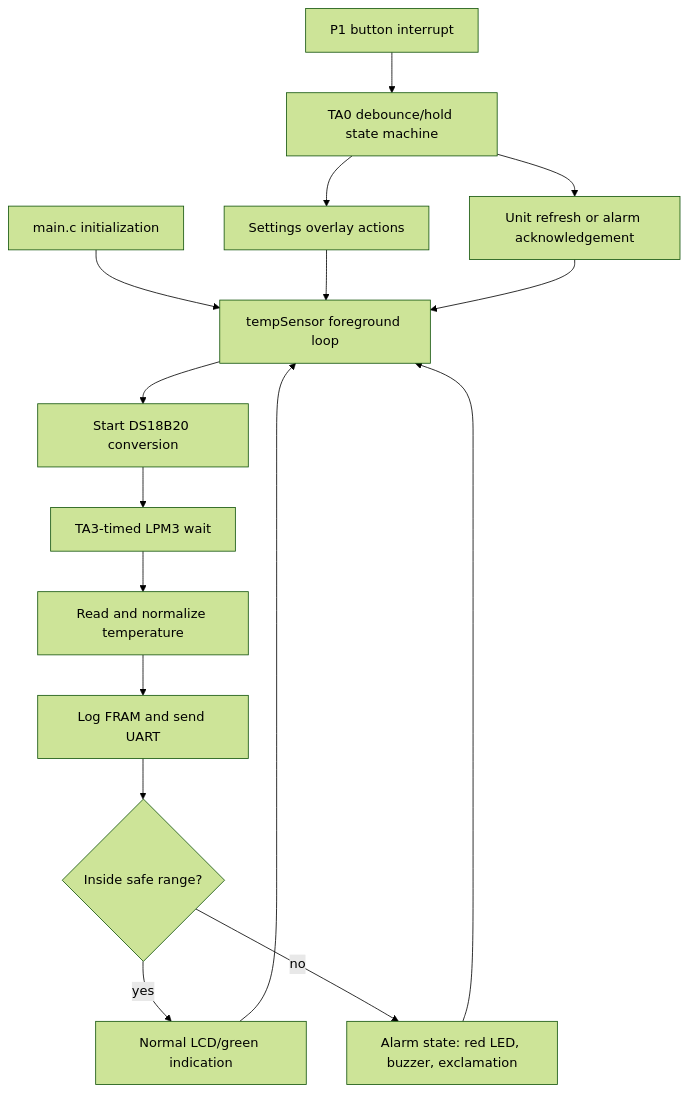
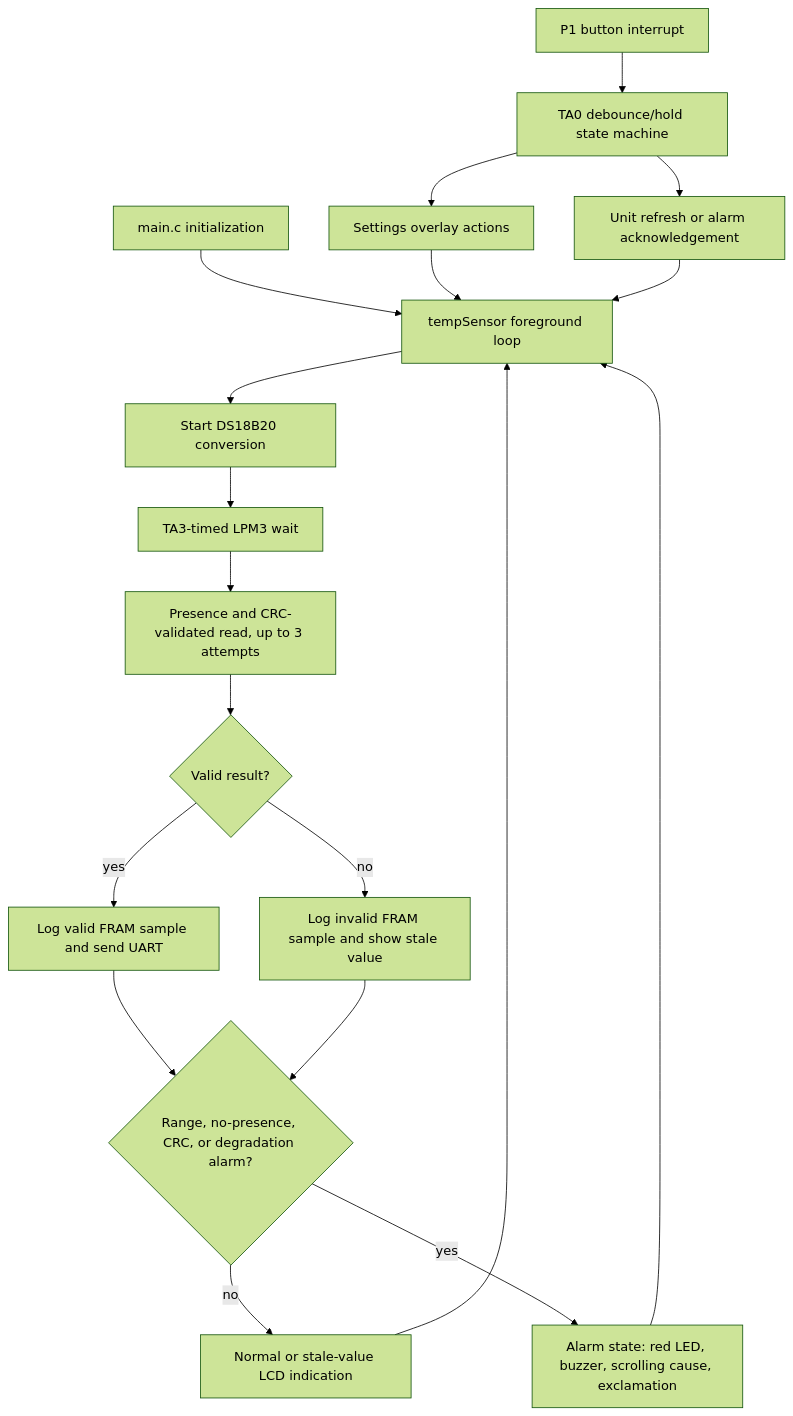
Before and after one commit to jdurkin2000/Medicine-Temperature-Monitor: the diagram in README.md, drawn with Mermaid (forest theme). The commit also changed other lines of this file and 5 other files, not shown here.

First line of the commit message:
Enhance temperature sensor alarm display functionality

````diff
--- a/README.md
+++ b/README.md
@@ -147,19 +189,22 @@
 ```mermaid
 flowchart TD
     M[main.c initialization] --> T[tempSensor foreground loop]
     T --> C[Start DS18B20 conversion]
     C --> L[TA3-timed LPM3 wait]
-    L --> R[Read and normalize temperature]
-    R --> O[Log FRAM and send UART]
-    O --> A{Inside safe range?}
-    A -->|yes| D[Normal LCD/green indication]
-    A -->|no| X[Alarm state: red LED, buzzer, exclamation]
+    L --> R[Presence and CRC-validated read, up to 3 attempts]
+    R --> V{Valid result?}
+    V -->|yes| O[Log valid FRAM sample and send UART]
+    V -->|no| I[Log invalid FRAM sample and show stale value]
+    O --> A{Range, no-presence, CRC, or degradation alarm?}
+    I --> A
+    A -->|no| D[Normal or stale-value LCD indication]
+    A -->|yes| X[Alarm state: red LED, buzzer, scrolling cause, exclamation]
     D --> T
     X --> T
 
     B[P1 button interrupt] --> Q[TA0 debounce/hold state machine]
     Q --> S[Settings overlay actions]
     Q --> U[Unit refresh or alarm acknowledgement]
     S --> T
     U --> T
 ```
````
